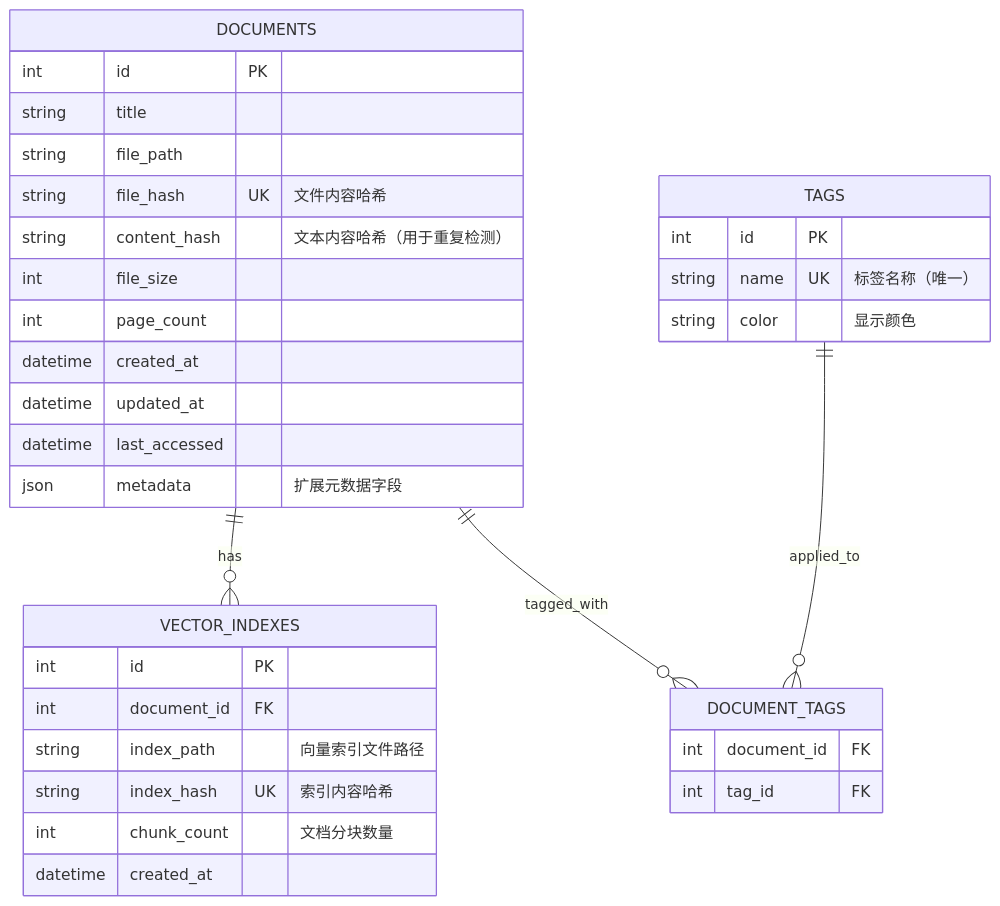
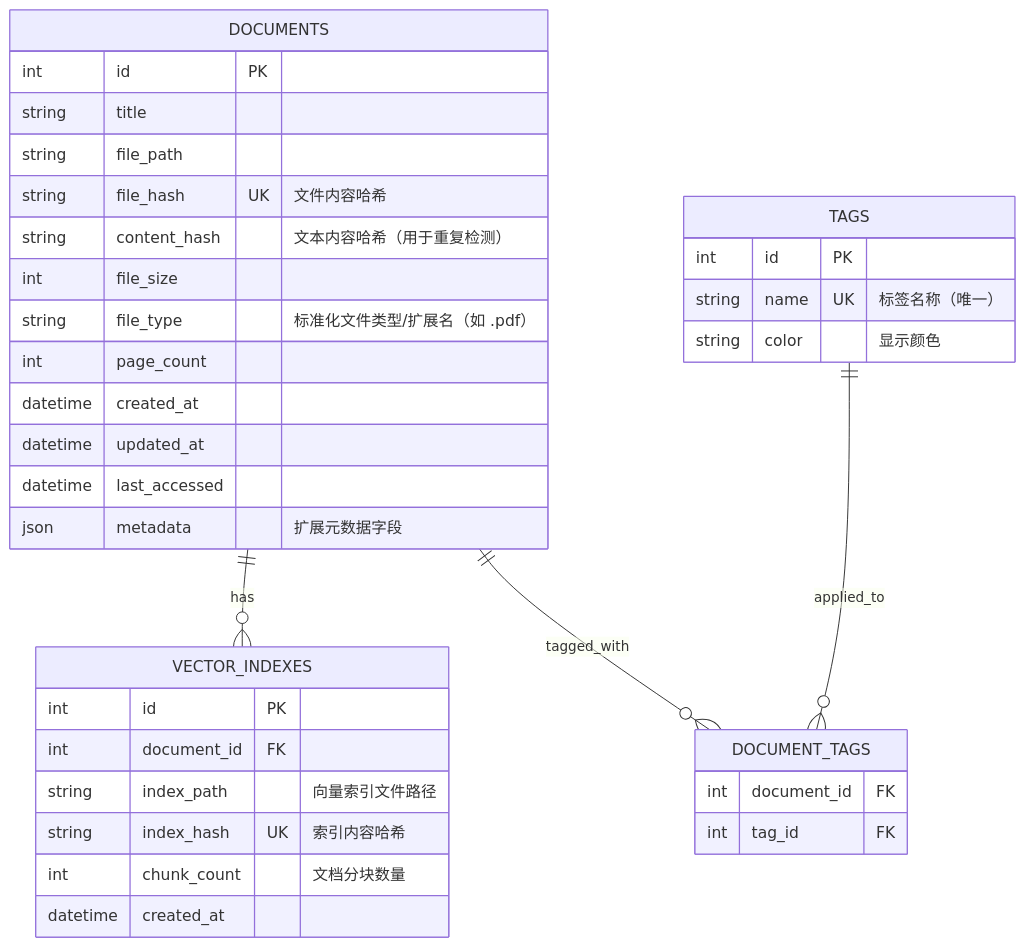
Before and after one commit to Jackela/ai_enhanced_pdf_scholar: the ninth of 14 diagrams in PROJECT_DOCS.md, drawn with Mermaid. The commit also changed other lines of this file and 30 other files, not shown here.

````diff
--- a/PROJECT_DOCS.md
+++ b/PROJECT_DOCS.md
@@ -1238,40 +1242,41 @@
 ```mermaid
 erDiagram
     DOCUMENTS ||--o{ VECTOR_INDEXES : has
     DOCUMENTS ||--o{ DOCUMENT_TAGS : tagged_with
     TAGS ||--o{ DOCUMENT_TAGS : applied_to
 
     DOCUMENTS {
         int id PK
         string title
         string file_path
         string file_hash UK "文件内容哈希"
         string content_hash "文本内容哈希（用于重复检测）"
         int file_size
+        string file_type "标准化文件类型/扩展名（如 .pdf）"
         int page_count
         datetime created_at
         datetime updated_at
         datetime last_accessed
         json metadata "扩展元数据字段"
     }
 
     VECTOR_INDEXES {
         int id PK
         int document_id FK
         string index_path "向量索引文件路径"
         string index_hash UK "索引内容哈希"
         int chunk_count "文档分块数量"
         datetime created_at
     }
 
     TAGS {
         int id PK
         string name UK "标签名称（唯一）"
         string color "显示颜色"
     }
 
     DOCUMENT_TAGS {
         int document_id FK
         int tag_id FK
     }
 ```
````
